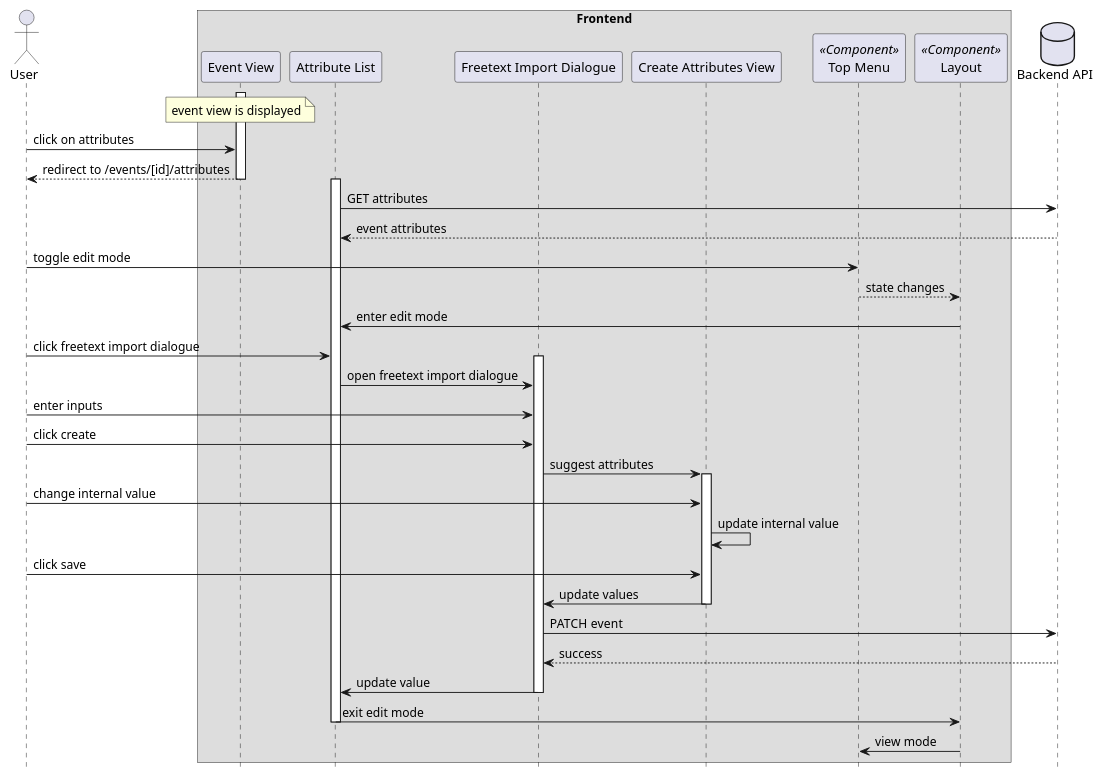
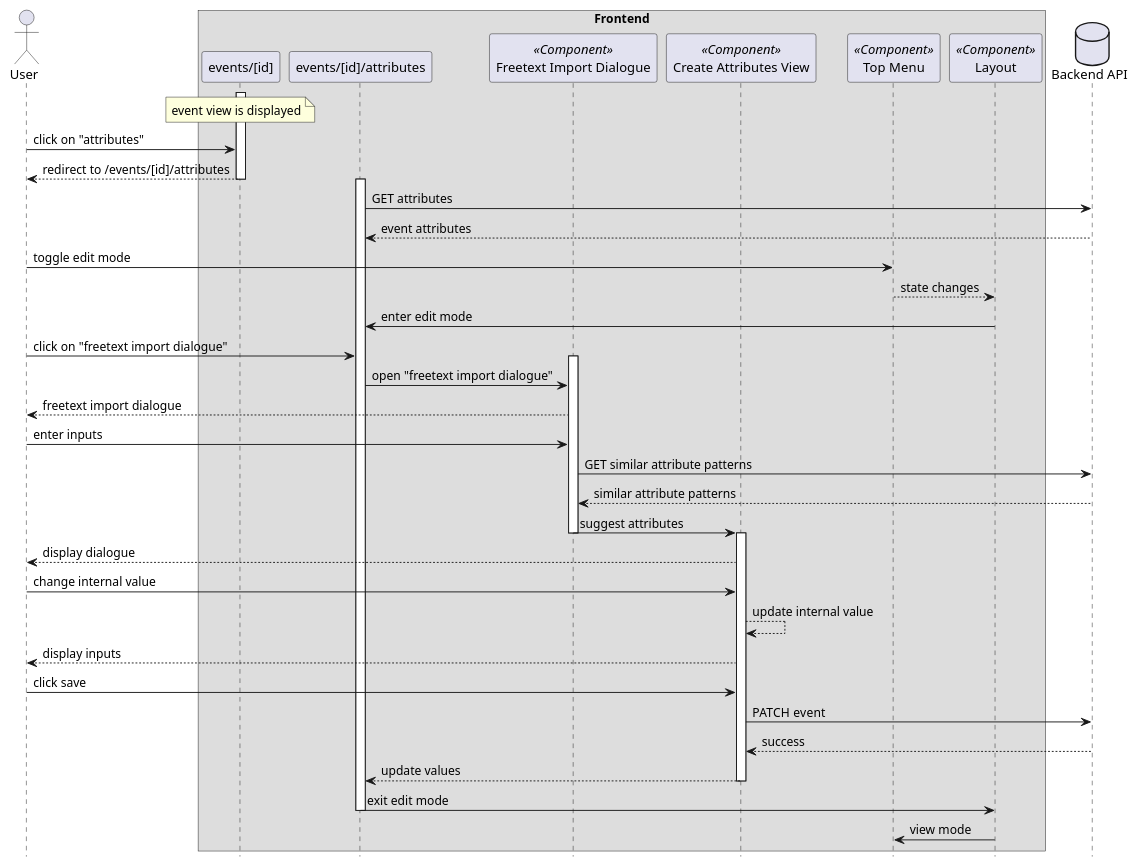
One commit to Modern-MISP/frontend changed the diagram in docs/sequencediagrams/plantuml/freetext_import.plantuml. Above: the diagram before and after it, drawn with PlantUML.

Commit message:
added arrows

```diff
--- a/docs/sequencediagrams/plantuml/freetext_import.plantuml
+++ b/docs/sequencediagrams/plantuml/freetext_import.plantuml
@@ -1,52 +1,56 @@
 @startuml
 hide footbox
 
 actor User as user
 box "Frontend"
-participant "Event View" as eventview
-participant "Attribute List" as attributelist
-participant "Freetext Import Dialogue" as freetextdialogue
-participant "Create Attributes View" as createattributesview
+participant "events/[id]" as eventview
+participant "events/[id]/attributes" as attributelist
+participant "Freetext Import Dialogue" as freetextdialogue <<Component>>
+participant "Create Attributes View" as createattributesview <<Component>>
 participant "Top Menu" as topmenu <<Component>>
 participant "Layout" as layout <<Component>>
 end box
 database "Backend API" as api
 
 note over eventview : event view is displayed
 
 activate eventview
-user -> eventview : click on attributes
+user -> eventview : click on "attributes"
 eventview --> user : redirect to /events/[id]/attributes
 deactivate eventview
 
 activate attributelist
 attributelist -> api : GET attributes
 api --> attributelist : event attributes
 
 user -> topmenu : toggle edit mode
 topmenu --> layout : state changes
 layout -> attributelist : enter edit mode
-user -> attributelist : click freetext import dialogue
+user -> attributelist : click on "freetext import dialogue"
+
 
 activate freetextdialogue
-attributelist -> freetextdialogue : open freetext import dialogue
+attributelist -> freetextdialogue : open "freetext import dialogue"
+freetextdialogue --> user : freetext import dialogue
 user -> freetextdialogue : enter inputs
-user -> freetextdialogue : click create
+freetextdialogue -> api : GET similar attribute patterns
+api --> freetextdialogue : similar attribute patterns
 
 freetextdialogue -> createattributesview : suggest attributes
+deactivate freetextdialogue
 activate createattributesview
+createattributesview --> user : display dialogue
 user -> createattributesview : change internal value
-createattributesview -> createattributesview : update internal value
+createattributesview --> createattributesview : update internal value
+createattributesview --> user : display inputs 
 user -> createattributesview : click save
-createattributesview -> freetextdialogue : update values
+
+createattributesview -> api : PATCH event
+api --> createattributesview : success
+createattributesview --> attributelist : update values
 deactivate createattributesview
-
-freetextdialogue -> api : PATCH event
-api --> freetextdialogue : success
-freetextdialogue -> attributelist : update value
-deactivate freetextdialogue
 
 attributelist -> layout : exit edit mode
 deactivate attributelist
 layout -> topmenu : view mode
 @enduml
```
